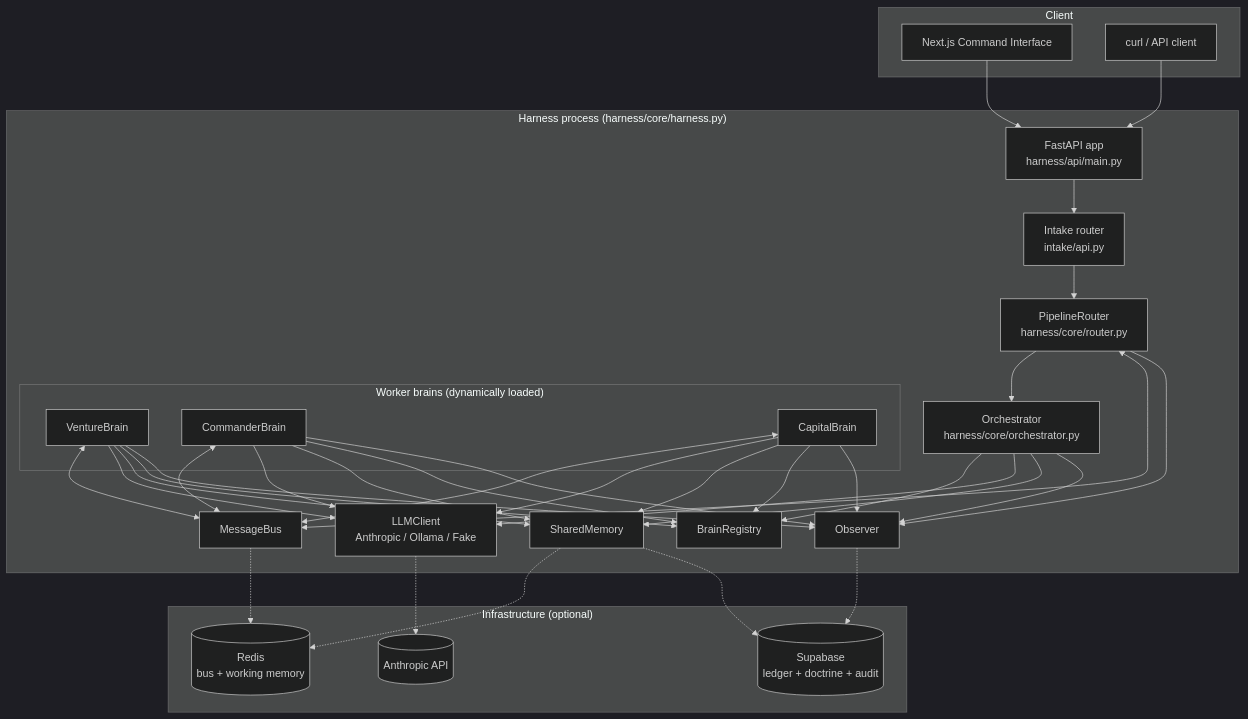
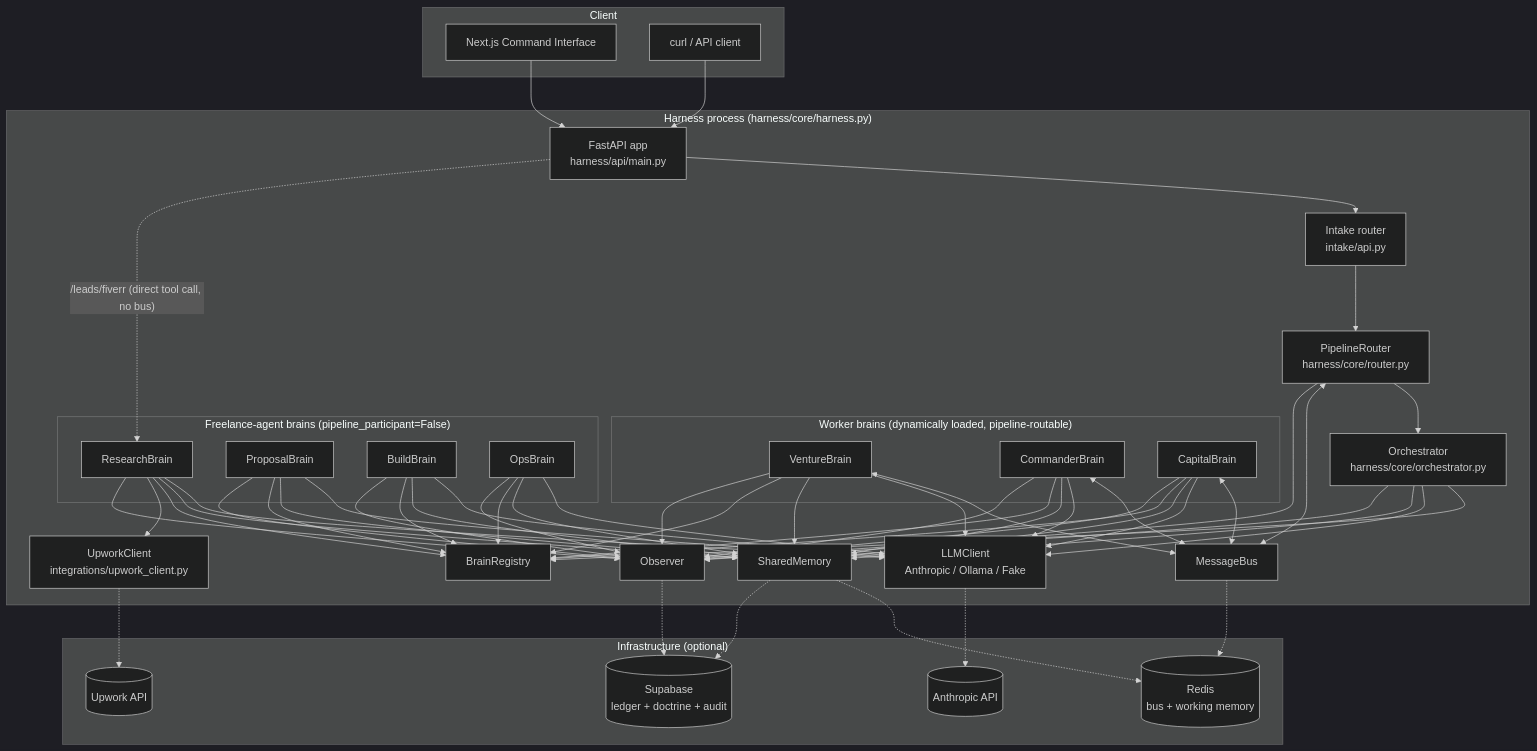
One commit to cconnickcc-blvckshell/BlvckshellOS changed the first of 3 diagrams in docs/workflows.md. Above: the diagram before and after it, drawn with Mermaid (dark theme). The commit also changed other lines of this file and 7 other files, not shown here.

First line of the commit message:
Update documentation for blvckbot brains, human_gate guard, and the Leads/Approvals dashboard

````diff
--- a/docs/workflows.md
+++ b/docs/workflows.md
@@ -10,52 +10,67 @@
 ```mermaid
 flowchart TB
     subgraph Client
         UI[Next.js Command Interface]
         CLI[curl / API client]
     end
 
     subgraph HarnessProcess["Harness process (harness/core/harness.py)"]
         API[FastAPI app\nharness/api/main.py]
         INTAKE[Intake router\nintake/api.py]
         ROUTER[PipelineRouter\nharness/core/router.py]
         ORCH[Orchestrator\nharness/core/orchestrator.py]
         REG[BrainRegistry]
         OBS[Observer]
         MEM[SharedMemory]
         BUS[MessageBus]
-        subgraph Workers["Worker brains (dynamically loaded)"]
+        subgraph Workers["Worker brains (dynamically loaded, pipeline-routable)"]
             B1[VentureBrain]
             B2[CommanderBrain]
             B3[CapitalBrain]
         end
+        subgraph Blvckbot["Freelance-agent brains (pipeline_participant=False)"]
+            B4[ResearchBrain]
+            B5[ProposalBrain]
+            B6[BuildBrain]
+            B7[OpsBrain]
+        end
+        UPW[UpworkClient\nintegrations/upwork_client.py]
         LLM[LLMClient\nAnthropic / Ollama / Fake]
     end
 
     subgraph Infra["Infrastructure (optional)"]
         REDIS[(Redis\nbus + working memory)]
         SUPA[(Supabase\nledger + doctrine + audit)]
         ANTH[(Anthropic API)]
+        UPWAPI[(Upwork API)]
     end
 
     UI --> API
     CLI --> API
     API --> INTAKE
+    API -.->|"/leads/fiverr (direct tool call, no bus)"| B4
     INTAKE --> ROUTER
     ROUTER --> ORCH
     ROUTER <--> BUS
     ORCH --> REG
     ORCH --> LLM
     ORCH --> MEM
     B1 & B2 & B3 <--> BUS
     B1 & B2 & B3 --> LLM
     B1 & B2 & B3 --> MEM
     B1 & B2 & B3 --> REG
+    B4 & B5 & B6 & B7 --> LLM
+    B4 & B5 & B6 & B7 --> MEM
+    B4 & B5 & B6 & B7 --> REG
+    B4 --> UPW
+    UPW -.-> UPWAPI
     ROUTER --> OBS
     B1 & B2 & B3 --> OBS
+    B4 & B5 & B6 & B7 --> OBS
     ORCH --> OBS
     BUS -.-> REDIS
     MEM -.-> REDIS
     MEM -.-> SUPA
     OBS -.-> SUPA
     LLM -.-> ANTH
 ```
````
